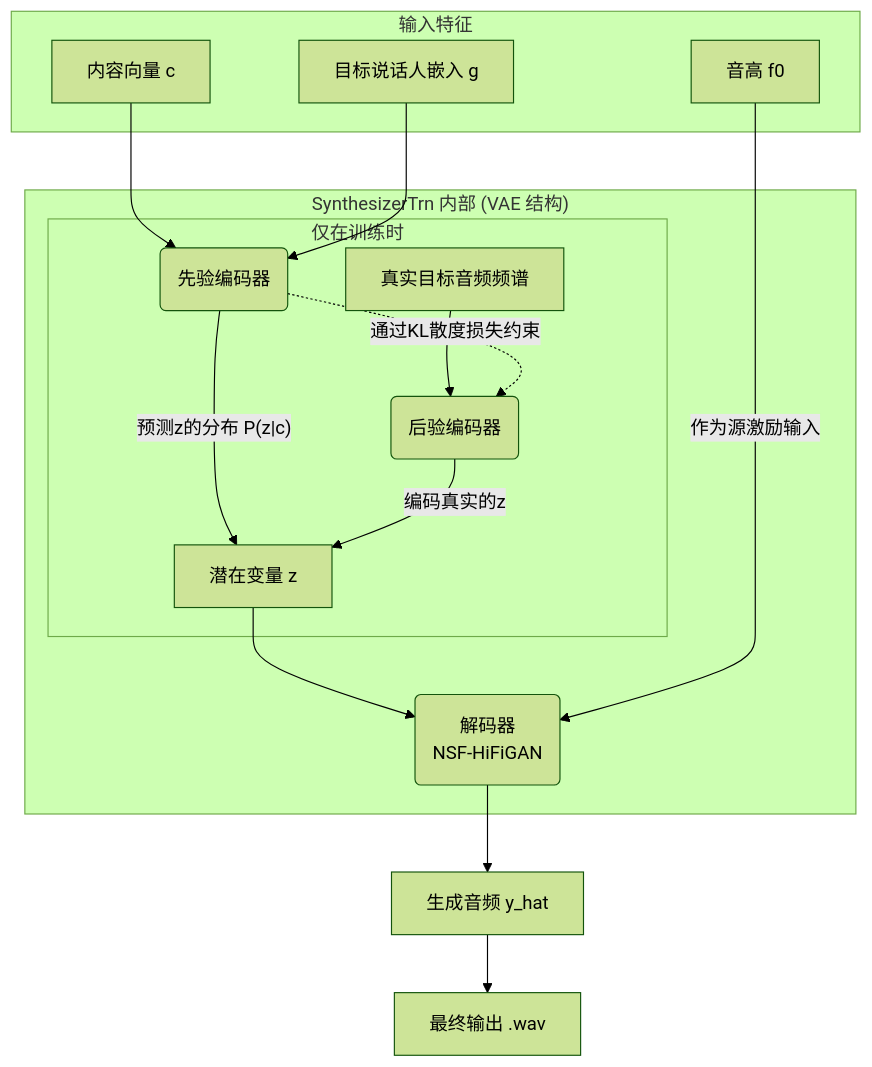
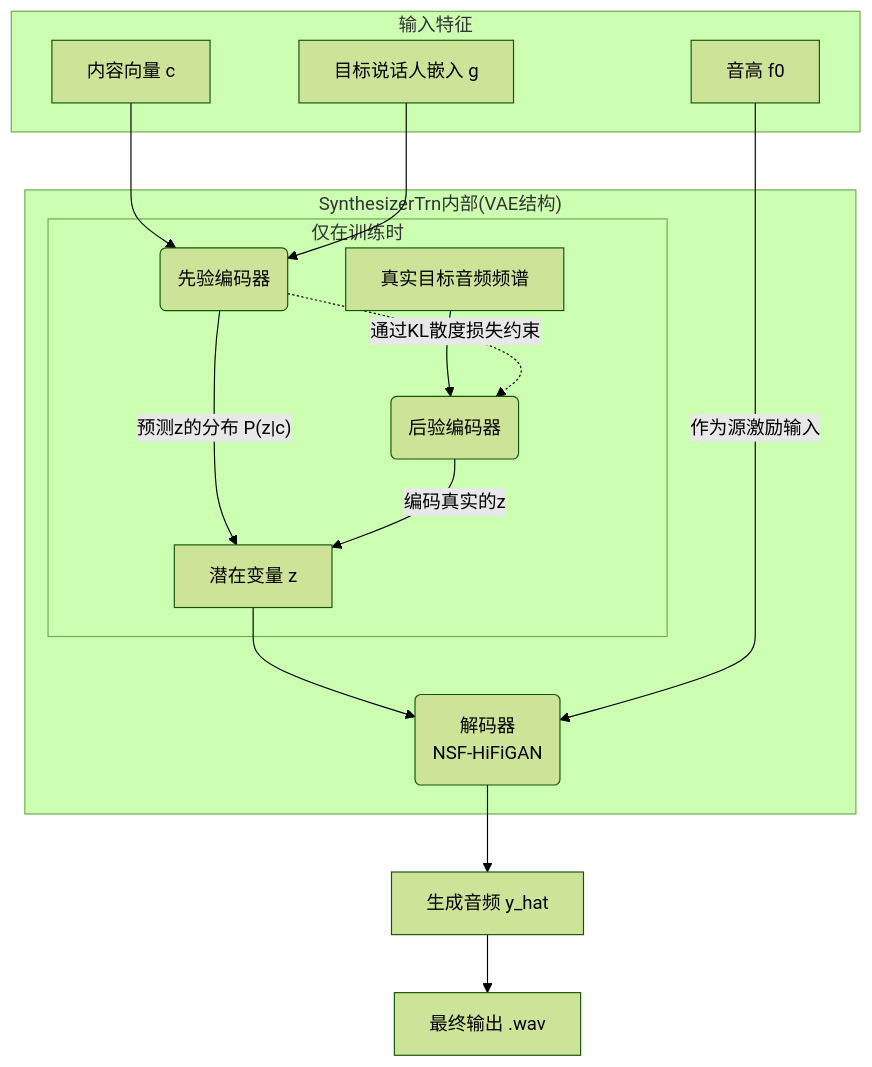
One commit to liqilun1008/sovitsvrc changed the third of 5 diagrams in So-VITS-SVC 4.1 流程图与模型详解.md. Above: the diagram before and after it, drawn with Mermaid (forest theme).

Commit message:
Update So-VITS-SVC 4.1 流程图与模型详解.md

````diff
--- a/So-VITS-SVC 4.1 流程图与模型详解.md
+++ b/So-VITS-SVC 4.1 流程图与模型详解.md
@@ -71,30 +71,30 @@
 ```mermaid
 graph TD
     subgraph "输入特征"
         A[内容向量 c];
         B[音高 f0];
         C[目标说话人嵌入 g];
     end
     
-    subgraph "SynthesizerTrn 内部 (VAE 结构)"
+    subgraph "SynthesizerTrn内部(VAE结构)"
         D(先验编码器);
         E(后验编码器);
         F("解码器<br>NSF-HiFiGAN");
         G[潜在变量 z];
 
         A & C --> D;
         D -- "预测z的分布 P(z|c)" --> G;
         
         subgraph "仅在训练时"
             H[真实目标音频频谱] --> E;
             E -- "编码真实的z" --> G;
             D -.->|通过KL散度损失约束| E;
         end
 
         G --> F;
         B -- "作为源激励输入" --> F;
     end
     
     F --> I[生成音频 y_hat];
     I --> L[最终输出 .wav];
 ```
````
